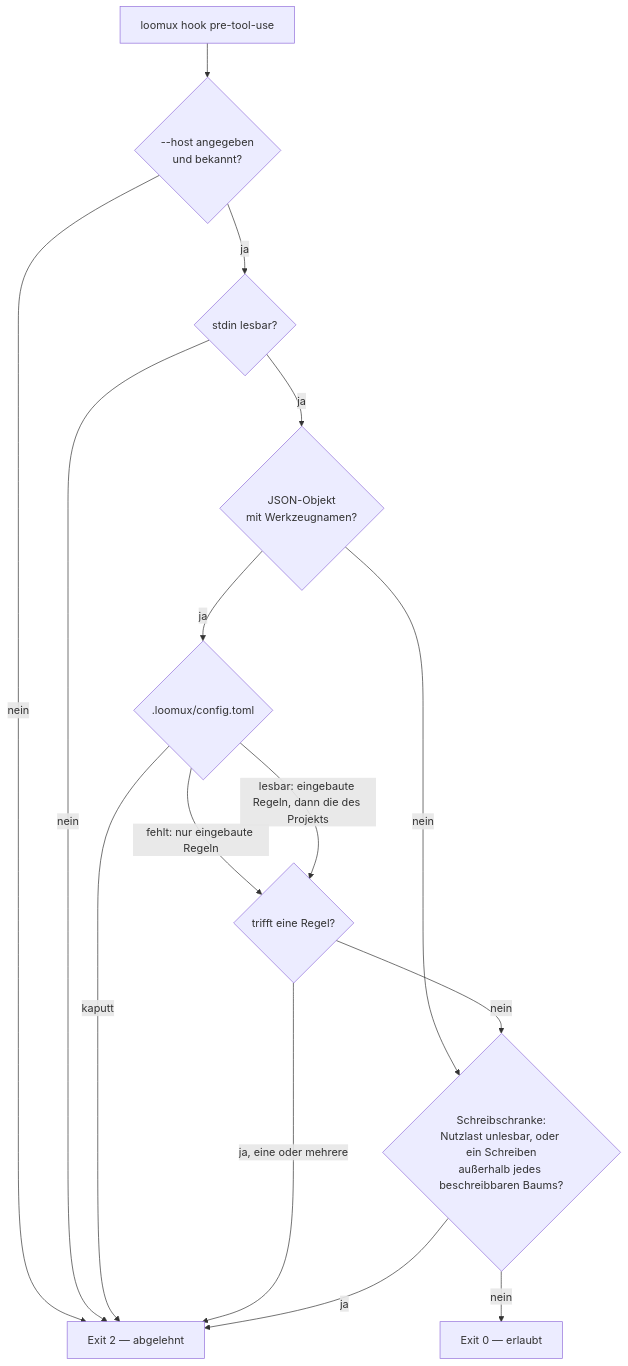
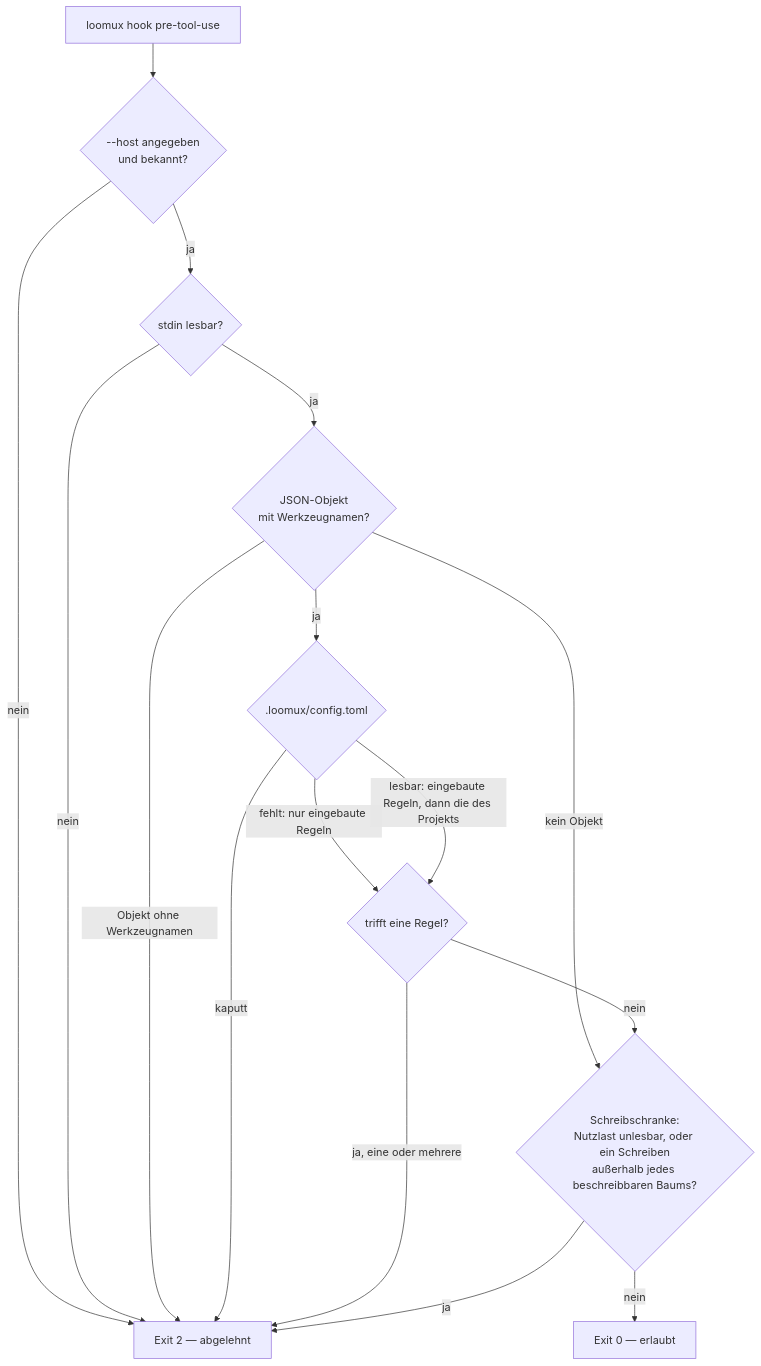
Before and after one commit to xidus90/loomux: the second of 3 diagrams in docs/de/hooks.md, drawn with Mermaid. The commit also changed other lines of this file and 3 other files, not shown here.

````diff
--- a/docs/de/hooks.md
+++ b/docs/de/hooks.md
@@ -348,17 +348,18 @@
 ```mermaid
 flowchart TD
     call["loomux hook pre-tool-use"] --> flags{"--host angegeben<br/>und bekannt?"}
     flags -->|nein| deny["Exit 2 — abgelehnt"]
     flags -->|ja| stdin{"stdin lesbar?"}
     stdin -->|nein| deny
     stdin -->|ja| named{"JSON-Objekt<br/>mit Werkzeugnamen?"}
-    named -->|nein| barrier
+    named -->|"kein Objekt"| barrier
+    named -->|"Objekt ohne Werkzeugnamen"| deny
     named -->|ja| config{".loomux/config.toml"}
     config -->|"kaputt"| deny
     config -->|"fehlt: nur eingebaute Regeln"| rules
     config -->|"lesbar: eingebaute Regeln, dann die des Projekts"| rules{"trifft eine Regel?"}
     rules -->|"ja, eine oder mehrere"| deny
     rules -->|nein| barrier{"Schreibschranke:<br/>Nutzlast unlesbar, oder ein Schreiben<br/>außerhalb jedes beschreibbaren Baums?"}
     barrier -->|ja| deny
     barrier -->|nein| allow["Exit 0 — erlaubt"]
 ```
````
